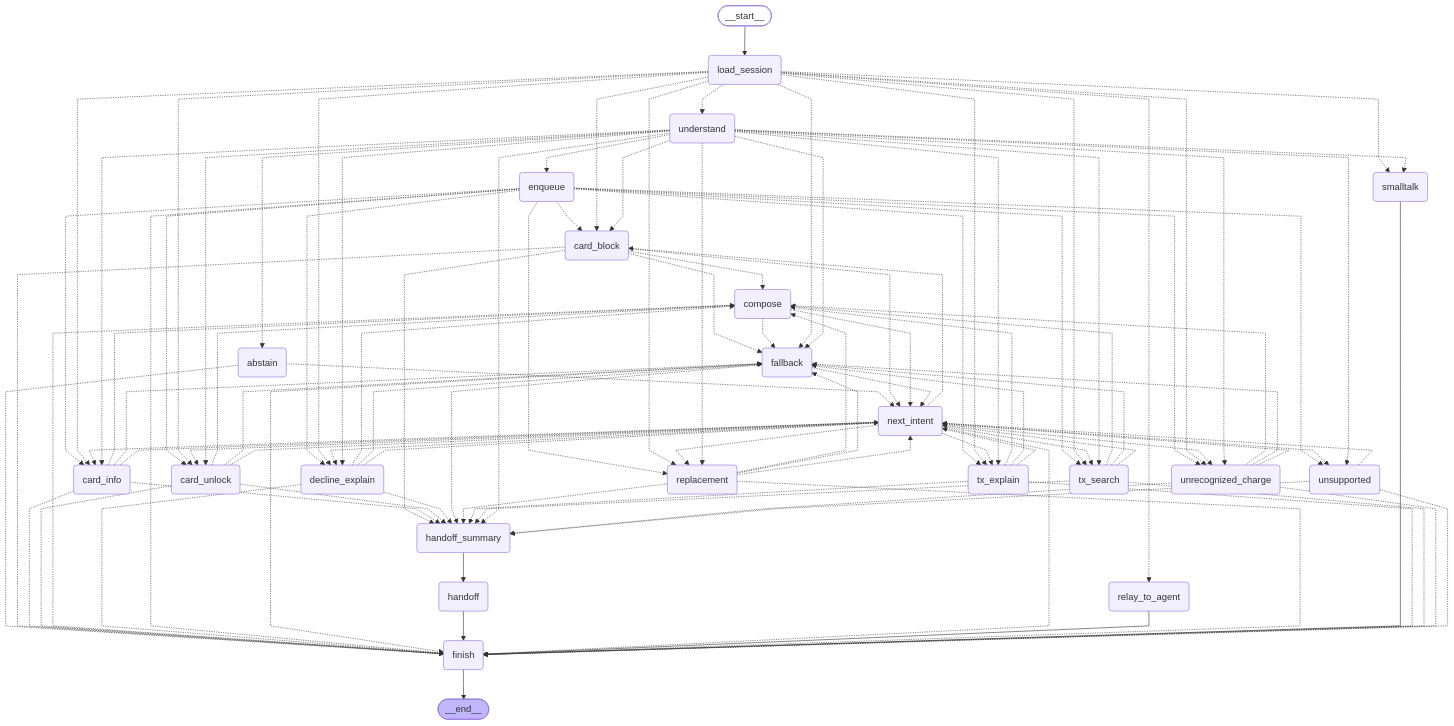
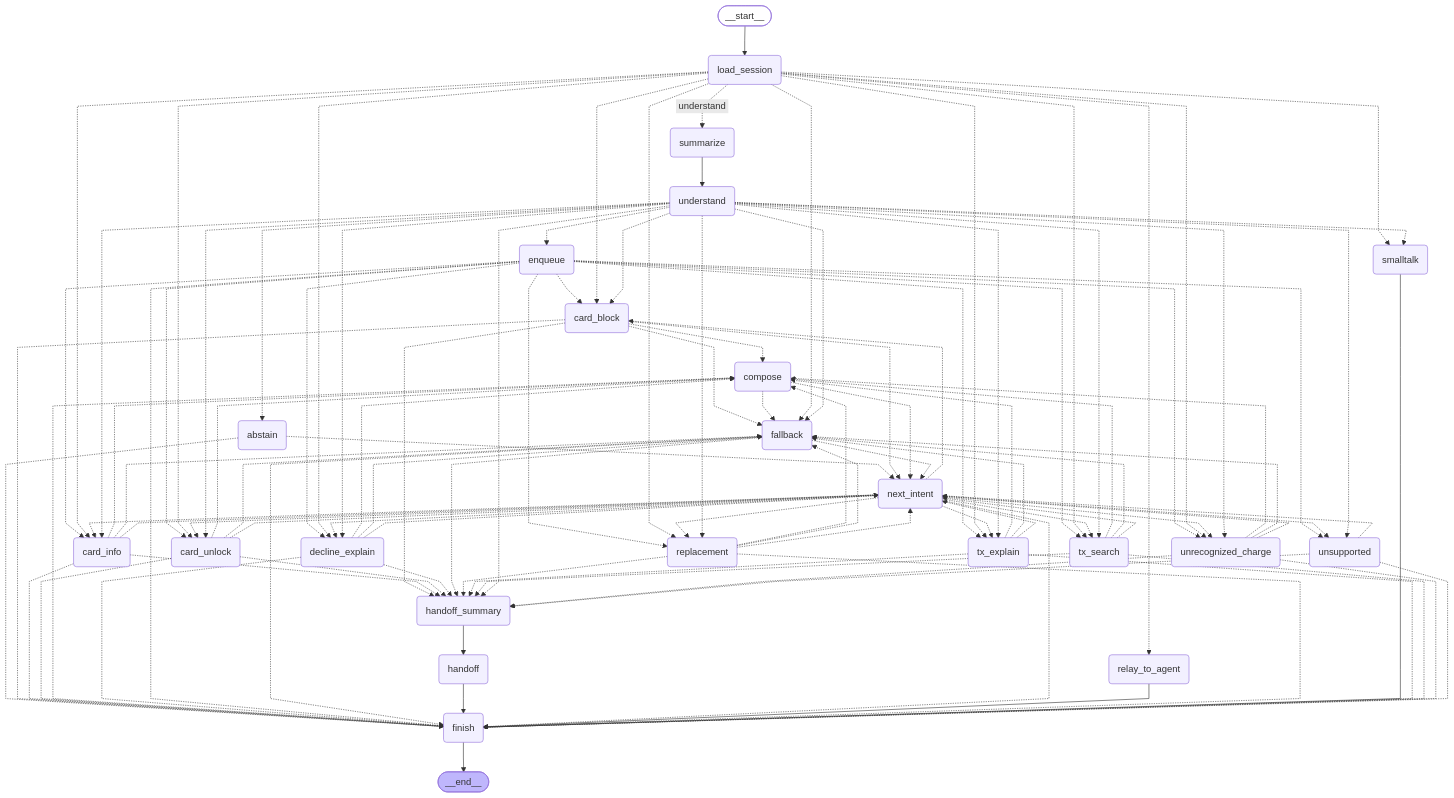
One commit to YhBedoya/factored-hackathon-2026-inferencia-aplicada changed the diagram in docs/diagrams/turn-graph-v0.mmd. Above: the diagram before and after it, drawn with Mermaid. The commit also changed 61 other files, not shown here.

```diff
--- a/docs/diagrams/turn-graph-v0.mmd
+++ b/docs/diagrams/turn-graph-v0.mmd
@@ -1,135 +1,137 @@
 ---
 config:
   flowchart:
     curve: linear
 ---
 graph TD;
 	__start__([<p>__start__</p>]):::first
 	load_session(load_session)
 	understand(understand)
+	summarize(summarize)
 	smalltalk(smalltalk)
 	enqueue(enqueue)
 	card_info(card_info)
 	card_block(card_block)
 	card_unlock(card_unlock)
 	replacement(replacement)
 	unrecognized_charge(unrecognized_charge)
 	decline_explain(decline_explain)
 	tx_search(tx_search)
 	tx_explain(tx_explain)
 	unsupported(unsupported)
 	fallback(fallback)
 	compose(compose)
 	next_intent(next_intent)
 	finish(finish)
 	abstain(abstain)
 	handoff_summary(handoff_summary)
 	handoff(handoff)
 	relay_to_agent(relay_to_agent)
 	__end__([<p>__end__</p>]):::last
 	__start__ --> load_session;
 	abstain -.-> finish;
 	abstain -.-> next_intent;
 	card_block -.-> compose;
 	card_block -.-> fallback;
 	card_block -.-> finish;
 	card_block -.-> handoff_summary;
 	card_block -.-> next_intent;
 	card_info -.-> compose;
 	card_info -.-> fallback;
 	card_info -.-> finish;
 	card_info -.-> handoff_summary;
 	card_info -.-> next_intent;
 	card_unlock -.-> compose;
 	card_unlock -.-> fallback;
 	card_unlock -.-> finish;
 	card_unlock -.-> handoff_summary;
 	card_unlock -.-> next_intent;
 	compose -.-> fallback;
 	compose -.-> finish;
 	compose -.-> next_intent;
 	decline_explain -.-> compose;
 	decline_explain -.-> fallback;
 	decline_explain -.-> finish;
 	decline_explain -.-> handoff_summary;
 	decline_explain -.-> next_intent;
 	enqueue -.-> card_block;
 	enqueue -.-> card_info;
 	enqueue -.-> card_unlock;
 	enqueue -.-> decline_explain;
 	enqueue -.-> finish;
 	enqueue -.-> replacement;
 	enqueue -.-> tx_explain;
 	enqueue -.-> tx_search;
 	enqueue -.-> unrecognized_charge;
 	enqueue -.-> unsupported;
 	fallback -.-> finish;
 	fallback -.-> handoff_summary;
 	fallback -.-> next_intent;
 	handoff --> finish;
 	handoff_summary --> handoff;
 	load_session -.-> card_block;
 	load_session -.-> card_info;
 	load_session -.-> card_unlock;
 	load_session -.-> decline_explain;
 	load_session -.-> fallback;
 	load_session -.-> relay_to_agent;
 	load_session -.-> replacement;
 	load_session -.-> smalltalk;
+	load_session -. &nbsp;understand&nbsp; .-> summarize;
 	load_session -.-> tx_explain;
 	load_session -.-> tx_search;
-	load_session -.-> understand;
 	load_session -.-> unrecognized_charge;
 	next_intent -.-> card_block;
 	next_intent -.-> card_info;
 	next_intent -.-> card_unlock;
 	next_intent -.-> decline_explain;
 	next_intent -.-> finish;
 	next_intent -.-> replacement;
 	next_intent -.-> tx_explain;
 	next_intent -.-> tx_search;
 	next_intent -.-> unrecognized_charge;
 	next_intent -.-> unsupported;
 	relay_to_agent --> finish;
 	replacement -.-> compose;
 	replacement -.-> fallback;
 	replacement -.-> finish;
 	replacement -.-> handoff_summary;
 	replacement -.-> next_intent;
 	smalltalk --> finish;
+	summarize --> understand;
 	tx_explain -.-> compose;
 	tx_explain -.-> fallback;
 	tx_explain -.-> finish;
 	tx_explain -.-> handoff_summary;
 	tx_explain -.-> next_intent;
 	tx_search -.-> compose;
 	tx_search -.-> fallback;
 	tx_search -.-> finish;
 	tx_search -.-> handoff_summary;
 	tx_search -.-> next_intent;
 	understand -.-> abstain;
 	understand -.-> card_block;
 	understand -.-> card_info;
 	understand -.-> card_unlock;
 	understand -.-> decline_explain;
 	understand -.-> enqueue;
 	understand -.-> fallback;
 	understand -.-> handoff_summary;
 	understand -.-> replacement;
 	understand -.-> smalltalk;
 	understand -.-> tx_explain;
 	understand -.-> tx_search;
 	understand -.-> unrecognized_charge;
 	understand -.-> unsupported;
 	unrecognized_charge -.-> compose;
 	unrecognized_charge -.-> fallback;
 	unrecognized_charge -.-> finish;
 	unrecognized_charge -.-> handoff_summary;
 	unrecognized_charge -.-> next_intent;
 	unsupported -.-> finish;
 	unsupported -.-> handoff_summary;
 	unsupported -.-> next_intent;
 	finish --> __end__;
 	classDef default fill:#f2f0ff,line-height:1.2
 	classDef first fill-opacity:0
 	classDef last fill:#bfb6fc
```
